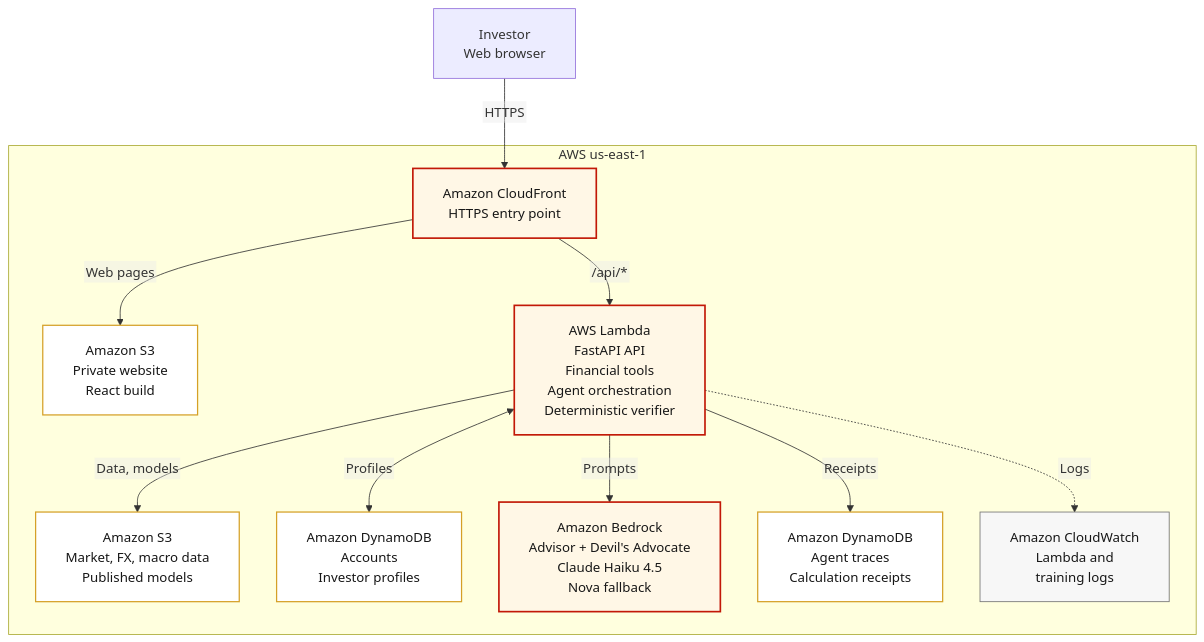
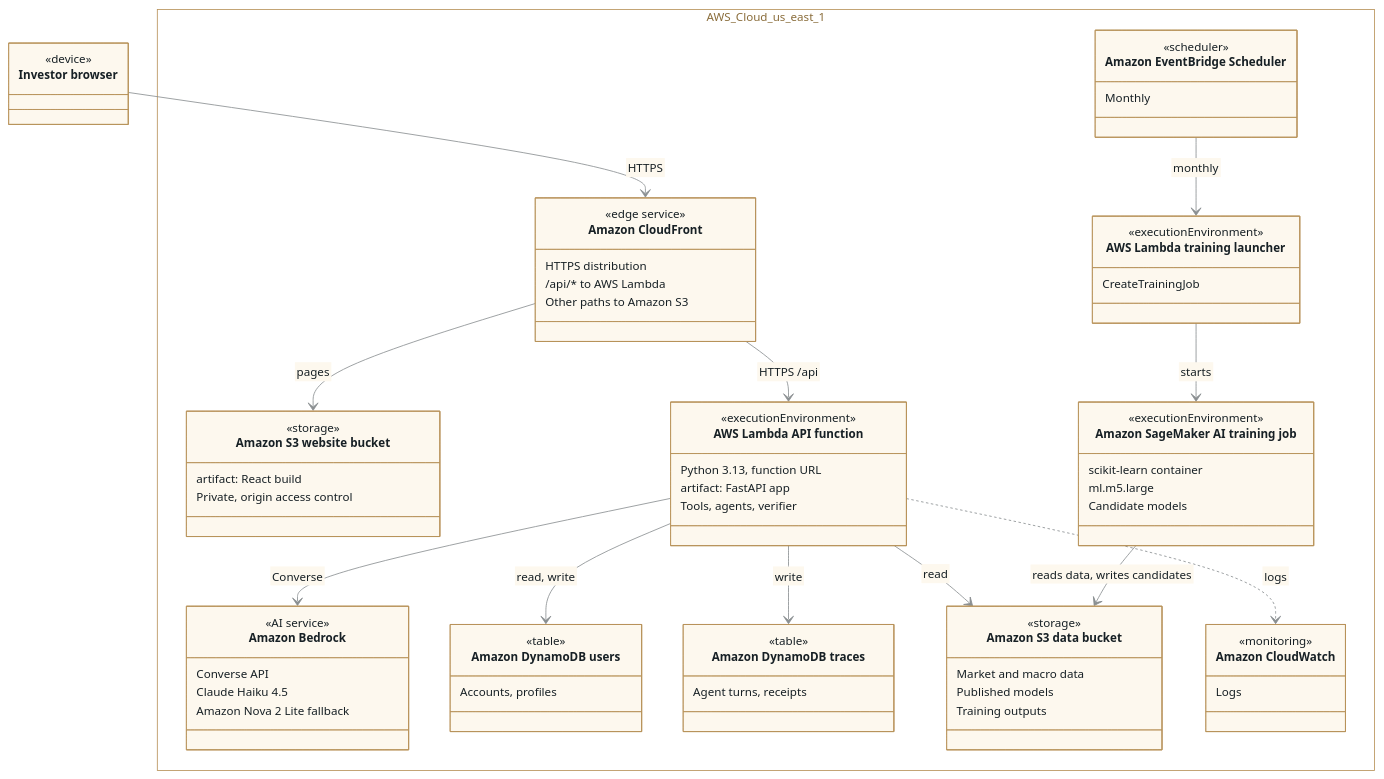
One commit to Juanita-HP/WealthPilot changed the diagram in docs/AWS_ARCHITECTURE.md. Above: the diagram before and after it, drawn with Mermaid. The commit also changed other lines of this file and 12 other files, not shown here.

First line of the commit message:
Add solution and AWS architecture one-pagers with validated UML diagrams

````diff
--- a/docs/AWS_ARCHITECTURE.md
+++ b/docs/AWS_ARCHITECTURE.md
@@ -13,33 +13,77 @@
 ```mermaid
-%%{init: {"flowchart": {"htmlLabels": false, "padding": 18, "nodeSpacing": 45, "rankSpacing": 55}}}%%
-flowchart TB
-    USER["Investor<br/>Web browser"]
+%%{init: {"theme": "base", "htmlLabels": false, "themeVariables": {"fontFamily": "Inter, Helvetica, Arial, sans-serif", "fontSize": "14px", "primaryColor": "#fdf8ee", "primaryBorderColor": "#b8935a", "primaryTextColor": "#172025", "lineColor": "#8a8f91", "textColor": "#172025", "edgeLabelBackground": "#ffffff", "clusterBkg": "transparent", "clusterBorder": "#b8935a", "titleColor": "#8a6d3b"}}}%%
+classDiagram
+    direction TB
+    class Browser["Investor browser"] {
+        <<device>>
+    }
+    namespace AWS_Cloud_us_east_1 {
+        class CloudFront["Amazon CloudFront"] {
+            <<edge service>>
+            HTTPS distribution
+            /api/* to AWS Lambda
+            Other paths to Amazon S3
+        }
+        class Site["Amazon S3 website bucket"] {
+            <<storage>>
+            artifact: React build
+            Private, origin access control
+        }
+        class ApiFn["AWS Lambda API function"] {
+            <<executionEnvironment>>
+            Python 3.13, function URL
+            artifact: FastAPI app
+            Tools, agents, verifier
+        }
+        class Bedrock["Amazon Bedrock"] {
+            <<AI service>>
+            Converse API
+            Claude Haiku 4.5
+            Amazon Nova 2 Lite fallback
+        }
+        class Users["Amazon DynamoDB users"] {
+            <<table>>
+            Accounts, profiles
+        }
+        class Traces["Amazon DynamoDB traces"] {
+            <<table>>
+            Agent turns, receipts
+        }
+        class DataBucket["Amazon S3 data bucket"] {
+            <<storage>>
+            Market and macro data
+            Published models
+            Training outputs
+        }
+        class Logs["Amazon CloudWatch"] {
+            <<monitoring>>
+            Logs
+        }
+        class Scheduler["Amazon EventBridge Scheduler"] {
+            <<scheduler>>
+            Monthly
+        }
+        class Launcher["AWS Lambda training launcher"] {
+            <<executionEnvironment>>
+            CreateTrainingJob
+        }
+        class Training["Amazon SageMaker AI training job"] {
+            <<executionEnvironment>>
+            scikit-learn container
+            ml.m5.large
+            Candidate models
+        }
+    }
 
-    subgraph AWS["AWS us-east-1"]
-      CF["Amazon CloudFront<br/>HTTPS entry point"]
-      SITE["Amazon S3<br/>Private website<br/>React build"]
-      API["AWS Lambda<br/>FastAPI API<br/>Financial tools<br/>Agent orchestration<br/>Deterministic verifier"]
-      DATA["Amazon S3<br/>Market, FX, macro data<br/>Published models"]
-      USERS["Amazon DynamoDB<br/>Accounts<br/>Investor profiles"]
-      BEDROCK["Amazon Bedrock<br/>Advisor + Devil's Advocate<br/>Claude Haiku 4.5<br/>Nova fallback"]
-      AUDIT["Amazon DynamoDB<br/>Agent traces<br/>Calculation receipts"]
-      LOG["Amazon CloudWatch<br/>Lambda and<br/>training logs"]
-
-      CF -->|"Web pages"| SITE
-      CF -->|"/api/*"| API
-      API -->|"Data, models"| DATA
-      API <-->|"Profiles"| USERS
-      API -->|"Prompts"| BEDROCK
-      API -->|"Receipts"| AUDIT
-      API -.->|"Logs"| LOG
-    end
-
-    USER -->|"HTTPS"| CF
-
-    classDef primary fill:#fff7e6,stroke:#c21807,color:#171717,stroke-width:2px
-    classDef storage fill:#ffffff,stroke:#d5a027,color:#171717,stroke-width:1.5px
-    classDef observer fill:#f7f7f7,stroke:#737373,color:#171717
-    class CF,API,BEDROCK primary
-    class SITE,DATA,USERS,AUDIT storage
-    class LOG observer
+    Browser --> CloudFront : HTTPS
+    CloudFront --> Site : pages
+    CloudFront --> ApiFn : HTTPS /api
+    ApiFn --> Users : read, write
+    ApiFn --> Traces : write
+    ApiFn --> DataBucket : read
+    ApiFn --> Bedrock : Converse
+    ApiFn ..> Logs : logs
+    Scheduler --> Launcher : monthly
+    Launcher --> Training : starts
+    Training --> DataBucket : reads data, writes candidates
 ```
````
